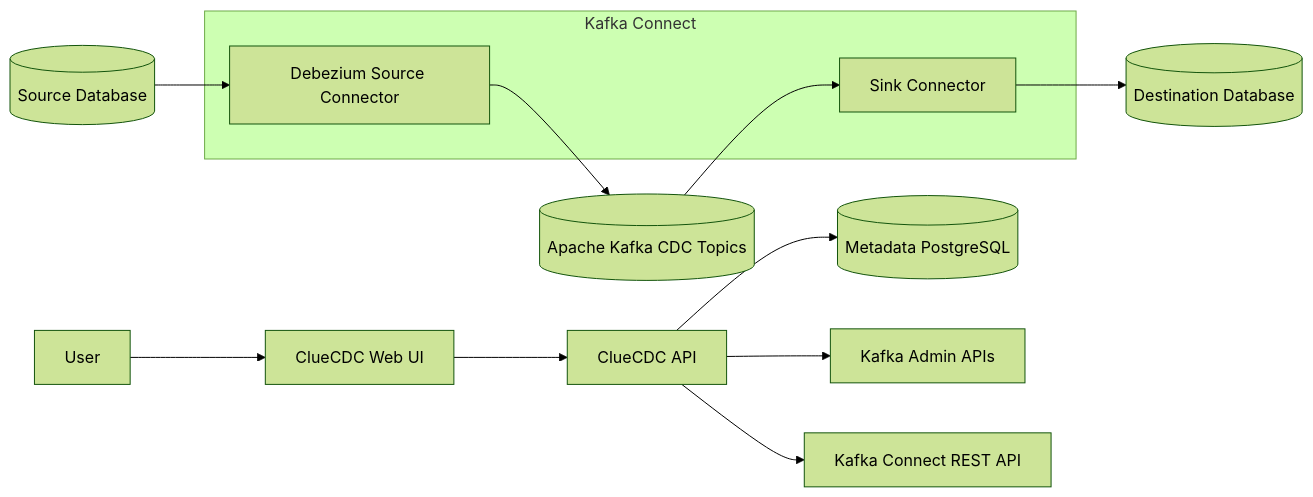
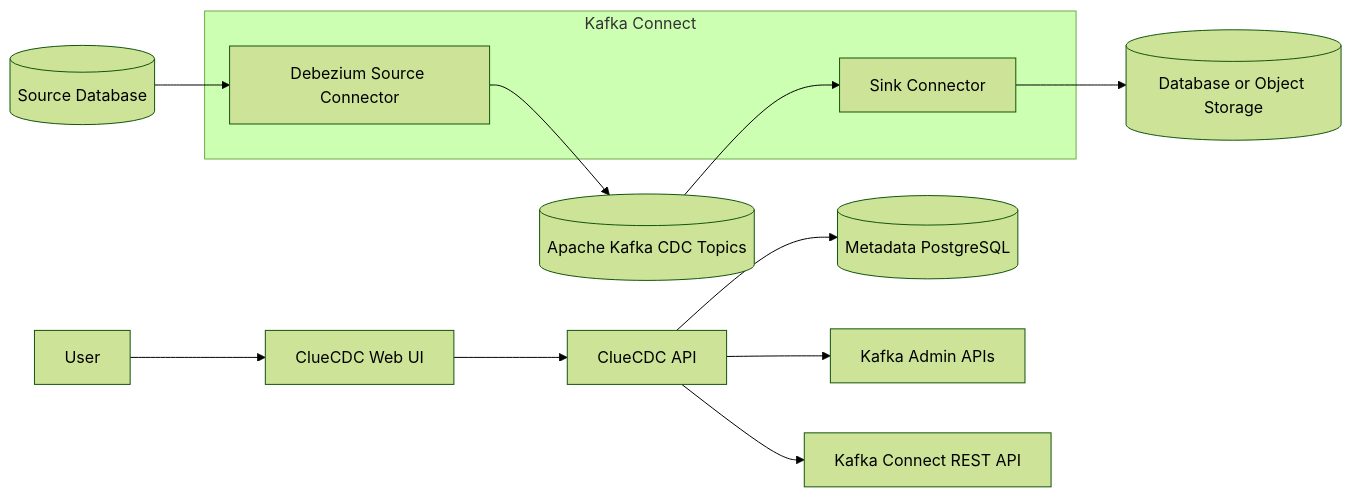
One commit to cluedata/cluecdc changed the diagram in README.md. Above: the diagram before and after it, drawn with Mermaid (forest theme). The commit also changed other lines of this file and 161 other files, not shown here.

````diff
--- a/README.md
+++ b/README.md
@@ -19,17 +19,17 @@
 ```mermaid
 flowchart LR
   User[User] --> UI[ClueCDC Web UI]
   UI --> API[ClueCDC API]
   API --> Metadata[(Metadata PostgreSQL)]
   API --> Kafka[Kafka Admin APIs]
   API --> Connect[Kafka Connect REST API]
 
   subgraph ConnectCluster[Kafka Connect]
     DBZ[Debezium Source Connector]
     Sink[Sink Connector]
   end
   Source[(Source Database)] --> DBZ
   DBZ --> Topics[(Apache Kafka CDC Topics)]
   Topics --> Sink
-  Sink --> Destination[(Destination Database)]
+  Sink --> Destination[(Database or Object Storage)]
 ```
````
